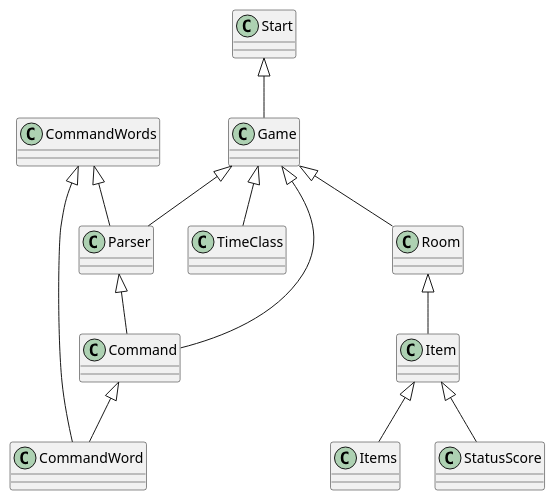
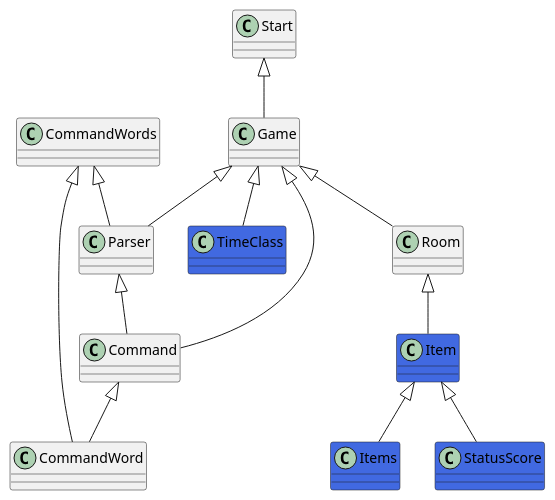
Before and after one commit to Oliver-Heine/SDU-T4-4: the diagram in UML/plant UML 1. ITERATION.puml, drawn with PlantUML.

Commit message:
Update plant UML 1. ITERATION.puml

```diff
--- a/UML/plant UML 1. ITERATION.puml
+++ b/UML/plant UML 1. ITERATION.puml
@@ -1,54 +1,59 @@
 @startuml
 
 Start <|-- Game
 Game <|-- Command
 Game <|-- Room
 Game <|-- Parser
 Game <|-- TimeClass
 Parser <|-- Command
 CommandWords <|-- Parser
 CommandWords <|-- CommandWord
 Room <|-- Item
 Item <|-- Items
 Item <|-- StatusScore
 Command <|-- CommandWord
+
 Class Command{
 
 }
 
-Class CommandWord{
+Class CommandWord {
 
 }
 
 Class CommandWords{
 
 }
 
 Class Game{
 
 }
 
-Class Item{
+Class Item #4169E1{
 
 }
 
 Class Parser{
 
 }
 
 Class Room{
 
 }
 
 Class Start{
 
 }
 
-Class StatusScore{
+Class StatusScore #4169E1{
 
 }
 
-Class TimeClass{
+Class TimeClass #4169E1{
+
+}
+
+Class Items #4169E1{
 
 }
 @enduml
```
